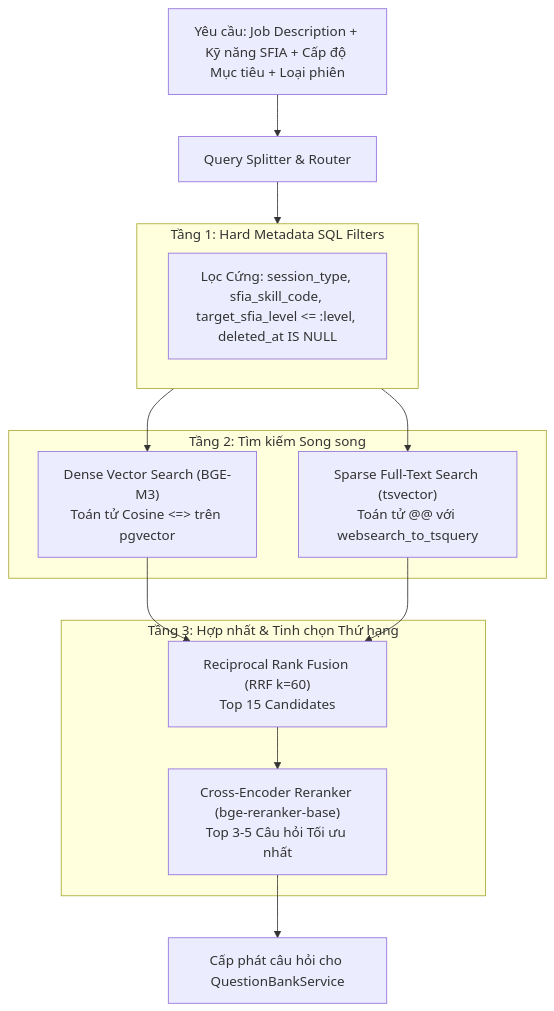
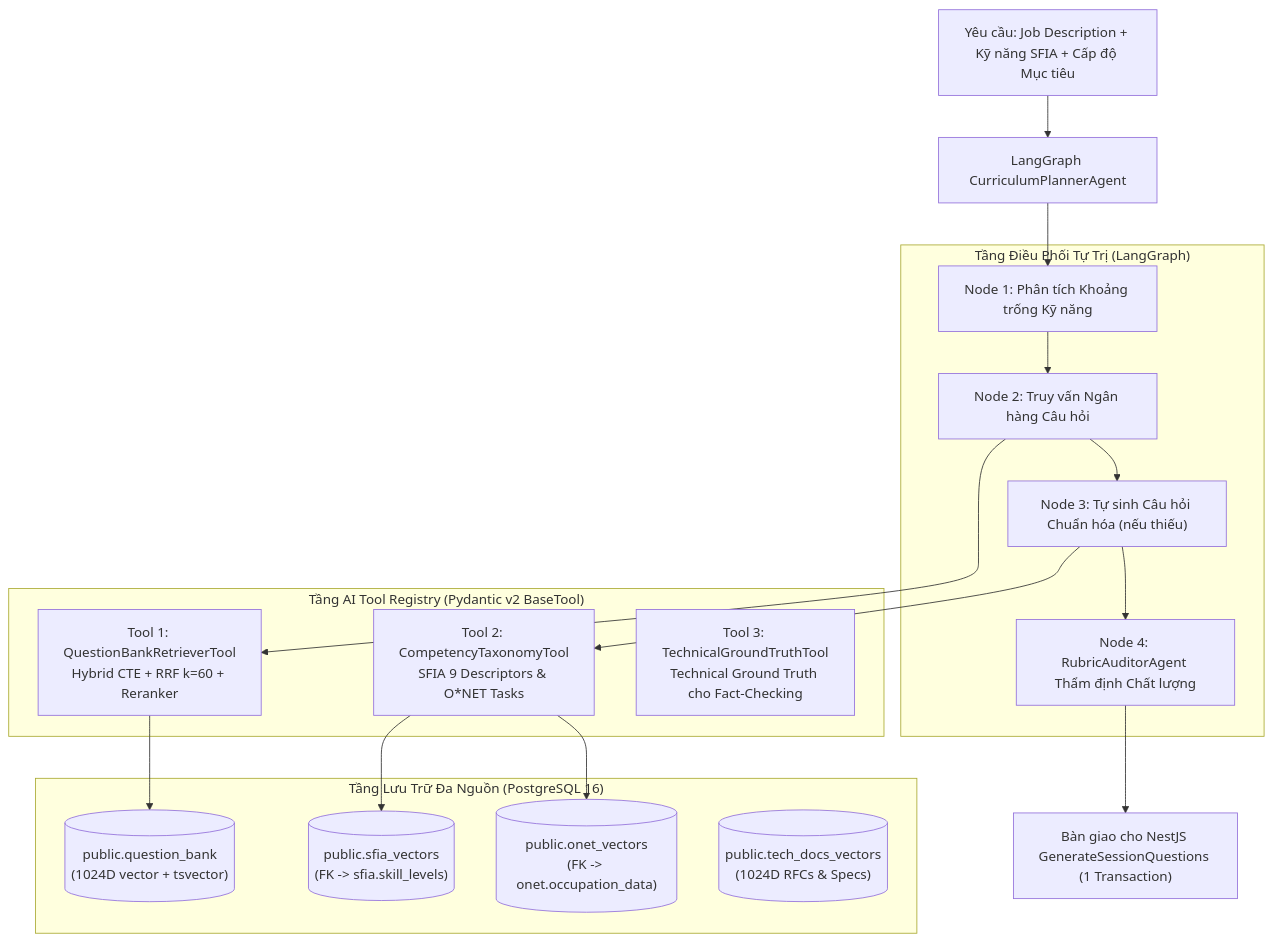
One commit to lethanhan01/interview-coach changed the diagram in docs/refactor-docs/02_PHASE_2_PGVECTOR_HYBRID_RAG/00_PHASE_2_OVERVIEW_AND_ARCHITECTURE.md. Above: the diagram before and after it, drawn with Mermaid. The commit also changed other lines of this file and 17 other files, not shown here.

````diff
--- a/docs/refactor-docs/02_PHASE_2_PGVECTOR_HYBRID_RAG/00_PHASE_2_OVERVIEW_AND_ARCHITECTURE.md
+++ b/docs/refactor-docs/02_PHASE_2_PGVECTOR_HYBRID_RAG/00_PHASE_2_OVERVIEW_AND_ARCHITECTURE.md
@@ -20,26 +18,35 @@
 ```mermaid
 graph TD
-    JD["Yêu cầu: Job Description + Kỹ năng SFIA + Cấp độ Mục tiêu + Loại phiên"] --> Splitter["Query Splitter & Router"]
+    JD["Yêu cầu: Job Description + Kỹ năng SFIA + Cấp độ Mục tiêu"] --> AgentRouter["LangGraph CurriculumPlannerAgent"]
     
-    subgraph Layer1["Tầng 1: Hard Metadata SQL Filters"]
-        SQL["Lọc Cứng: session_type, sfia_skill_code, target_sfia_level <= :level, deleted_at IS NULL"]
+    subgraph MultiCorpusStorage["Tầng Lưu Trữ Đa Nguồn (PostgreSQL 16)"]
+        QB[("public.question_bank<br/>(1024D vector + tsvector)")]
+        SFIAVec[("public.sfia_vectors<br/>(FK -> sfia.skill_levels)")]
+        ONETVec[("public.onet_vectors<br/>(FK -> onet.occupation_data)")]
+        TechVec[("public.tech_docs_vectors<br/>(1024D RFCs & Specs)")]
     end
-    
-    subgraph Layer2["Tầng 2: Tìm kiếm Song song"]
-        Dense["Dense Vector Search (BGE-M3)<br/>Toán tử Cosine <=> trên pgvector"]
-        Sparse["Sparse Full-Text Search (tsvector)<br/>Toán tử @@ với websearch_to_tsquery"]
+
+    subgraph ToolRegistry["Tầng AI Tool Registry (Pydantic v2 BaseTool)"]
+        Tool1["Tool 1: QuestionBankRetrieverTool<br/>Hybrid CTE + RRF k=60 + Reranker"]
+        Tool2["Tool 2: CompetencyTaxonomyTool<br/>SFIA 9 Descriptors & O*NET Tasks"]
+        Tool3["Tool 3: TechnicalGroundTruthTool<br/>Technical Ground Truth cho Fact-Checking"]
     end
-    
-    subgraph Layer3["Tầng 3: Hợp nhất & Tinh chọn Thứ hạng"]
-        RRF["Reciprocal Rank Fusion (RRF k=60)<br/>Top 15 Candidates"]
-        Reranker["Cross-Encoder Reranker (bge-reranker-base)<br/>Top 3-5 Câu hỏi Tối ưu nhất"]
+
+    subgraph AgenticGraph["Tầng Điều Phối Tự Trị (LangGraph)"]
+        NodePlan["Node 1: Phân tích Khoảng trống Kỹ năng"]
+        NodeSearch["Node 2: Truy vấn Ngân hàng Câu hỏi"]
+        NodeGen["Node 3: Tự sinh Câu hỏi Chuẩn hóa (nếu thiếu)"]
+        NodeAudit["Node 4: RubricAuditorAgent Thẩm định Chất lượng"]
     end
-    
-    Splitter --> Layer1
-    Layer1 --> Dense
-    Layer1 --> Sparse
-    Dense --> RRF
-    Sparse --> RRF
-    RRF --> Reranker
-    Reranker --> Output["Cấp phát câu hỏi cho QuestionBankService"]
+
+    AgentRouter --> NodePlan
+    NodePlan --> NodeSearch
+    NodeSearch --> Tool1
+    Tool1 --> QB
+    NodeSearch --> NodeGen
+    NodeGen --> Tool2
+    Tool2 --> SFIAVec
+    Tool2 --> ONETVec
+    NodeGen --> NodeAudit
+    NodeAudit --> Output["Bàn giao cho NestJS GenerateSessionQuestions (1 Transaction)"]
 ```
````
